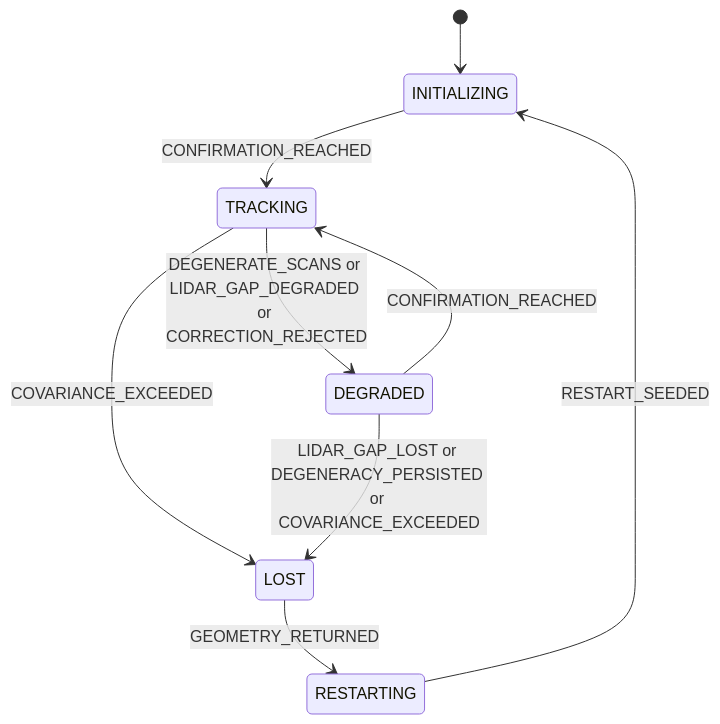
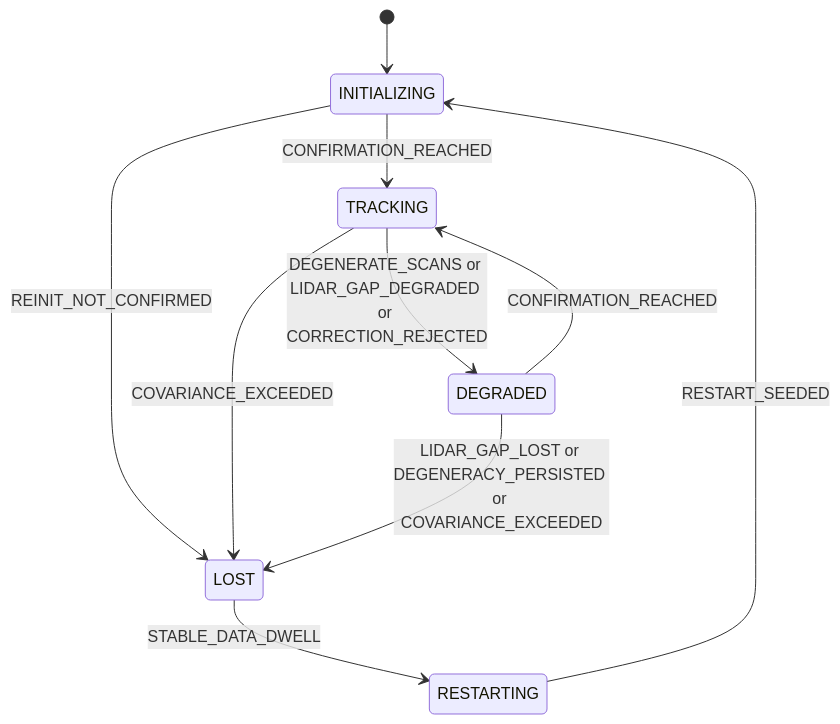
The seventh of 12 diagrams in docs/architecture/AS_BUILT.md (TanDatEmb/uav-navigation), drawn with Mermaid before and after one commit. The commit also changed other lines of this file, not shown here.

````diff
--- a/docs/architecture/AS_BUILT.md
+++ b/docs/architecture/AS_BUILT.md
@@ -294,11 +295,12 @@
 ```mermaid
 stateDiagram-v2
   [*] --> INITIALIZING
   INITIALIZING --> TRACKING : CONFIRMATION_REACHED
+  INITIALIZING --> LOST : REINIT_NOT_CONFIRMED
   TRACKING --> DEGRADED : DEGENERATE_SCANS or LIDAR_GAP_DEGRADED or CORRECTION_REJECTED
   TRACKING --> LOST : COVARIANCE_EXCEEDED
   DEGRADED --> TRACKING : CONFIRMATION_REACHED
   DEGRADED --> LOST : LIDAR_GAP_LOST or DEGENERACY_PERSISTED or COVARIANCE_EXCEEDED
-  LOST --> RESTARTING : GEOMETRY_RETURNED
+  LOST --> RESTARTING : STABLE_DATA_DWELL
   RESTARTING --> INITIALIZING : RESTART_SEEDED
 ```
````
